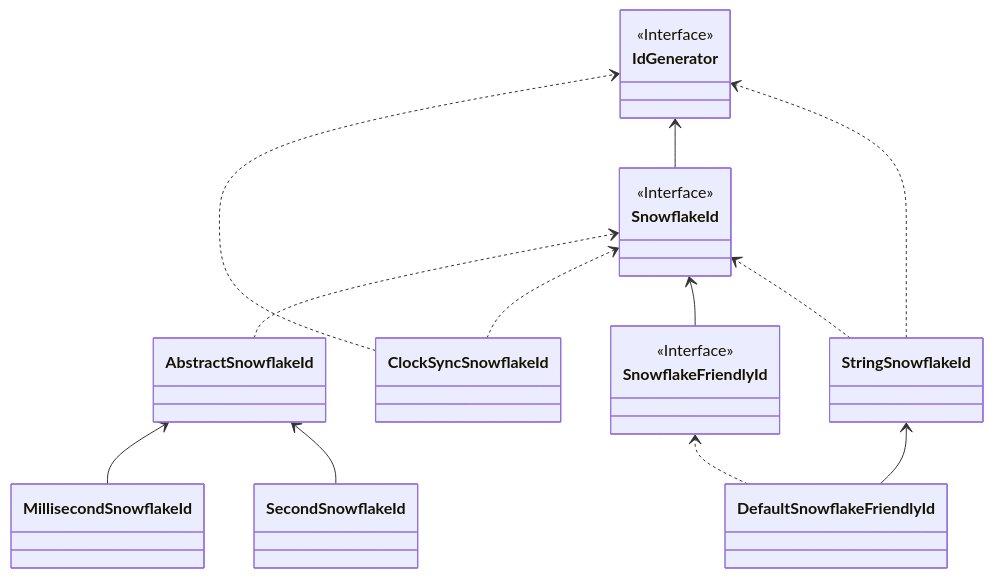
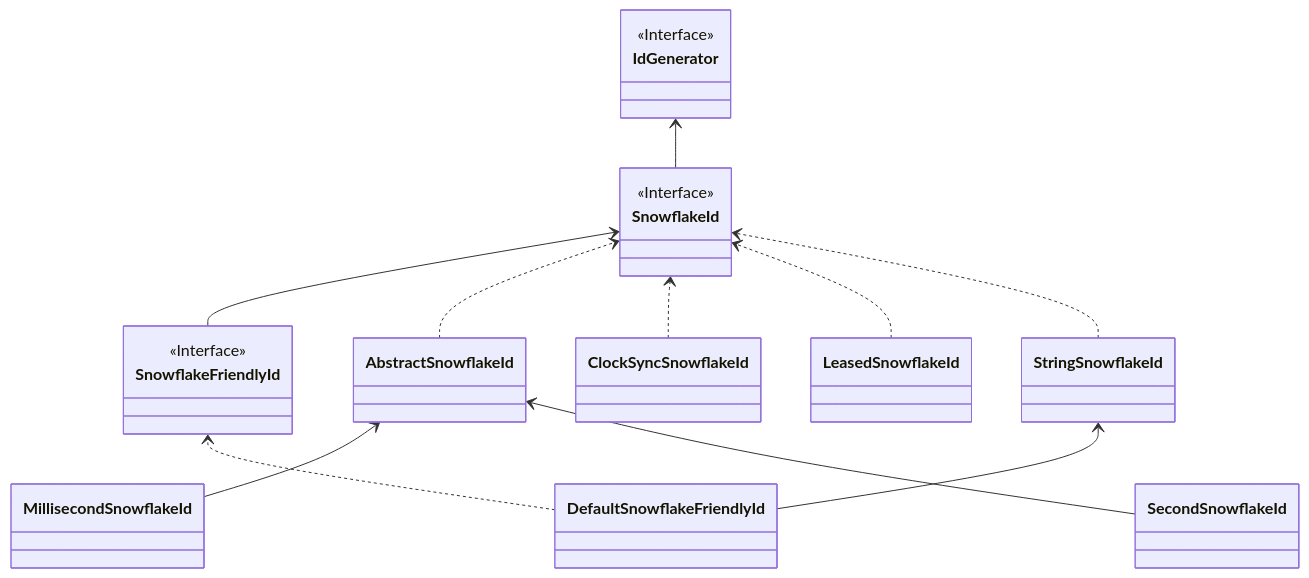
The diagram in documentation/docs/en/guide/concepts/snowflake.md (Ahoo-Wang/CosId), drawn with Mermaid before and after one commit. The commit also changed other lines of this file and 21 other files, not shown here.

````diff
--- a/documentation/docs/en/guide/concepts/snowflake.md
+++ b/documentation/docs/en/guide/concepts/snowflake.md
@@ -71,34 +57,31 @@
 ```mermaid
 classDiagram
 direction BT
-class AbstractSnowflakeId
-class ClockSyncSnowflakeId
-class DefaultSnowflakeFriendlyId
 class IdGenerator {
 <<Interface>>
-
-}
-class MillisecondSnowflakeId
-class SecondSnowflakeId
-class SnowflakeFriendlyId {
-<<Interface>>
-
 }
 class SnowflakeId {
 <<Interface>>
+}
+class SnowflakeFriendlyId {
+<<Interface>>
+}
+class AbstractSnowflakeId
+class MillisecondSnowflakeId
+class SecondSnowflakeId
+class ClockSyncSnowflakeId
+class LeasedSnowflakeId
+class StringSnowflakeId
+class DefaultSnowflakeFriendlyId
 
-}
-class StringSnowflakeId
-
-AbstractSnowflakeId  ..>  SnowflakeId 
-ClockSyncSnowflakeId  ..>  IdGenerator 
-ClockSyncSnowflakeId  ..>  SnowflakeId 
-DefaultSnowflakeFriendlyId  ..>  SnowflakeFriendlyId 
-DefaultSnowflakeFriendlyId  -->  StringSnowflakeId 
-MillisecondSnowflakeId  -->  AbstractSnowflakeId 
-SecondSnowflakeId  -->  AbstractSnowflakeId 
-SnowflakeFriendlyId  -->  SnowflakeId 
-SnowflakeId  -->  IdGenerator 
-StringSnowflakeId  ..>  IdGenerator 
-StringSnowflakeId  ..>  SnowflakeId 
+SnowflakeId --> IdGenerator
+SnowflakeFriendlyId --> SnowflakeId
+AbstractSnowflakeId ..> SnowflakeId
+MillisecondSnowflakeId --> AbstractSnowflakeId
+SecondSnowflakeId --> AbstractSnowflakeId
+ClockSyncSnowflakeId ..> SnowflakeId
+LeasedSnowflakeId ..> SnowflakeId
+StringSnowflakeId ..> SnowflakeId
+DefaultSnowflakeFriendlyId --> StringSnowflakeId
+DefaultSnowflakeFriendlyId ..> SnowflakeFriendlyId
 ```
````
